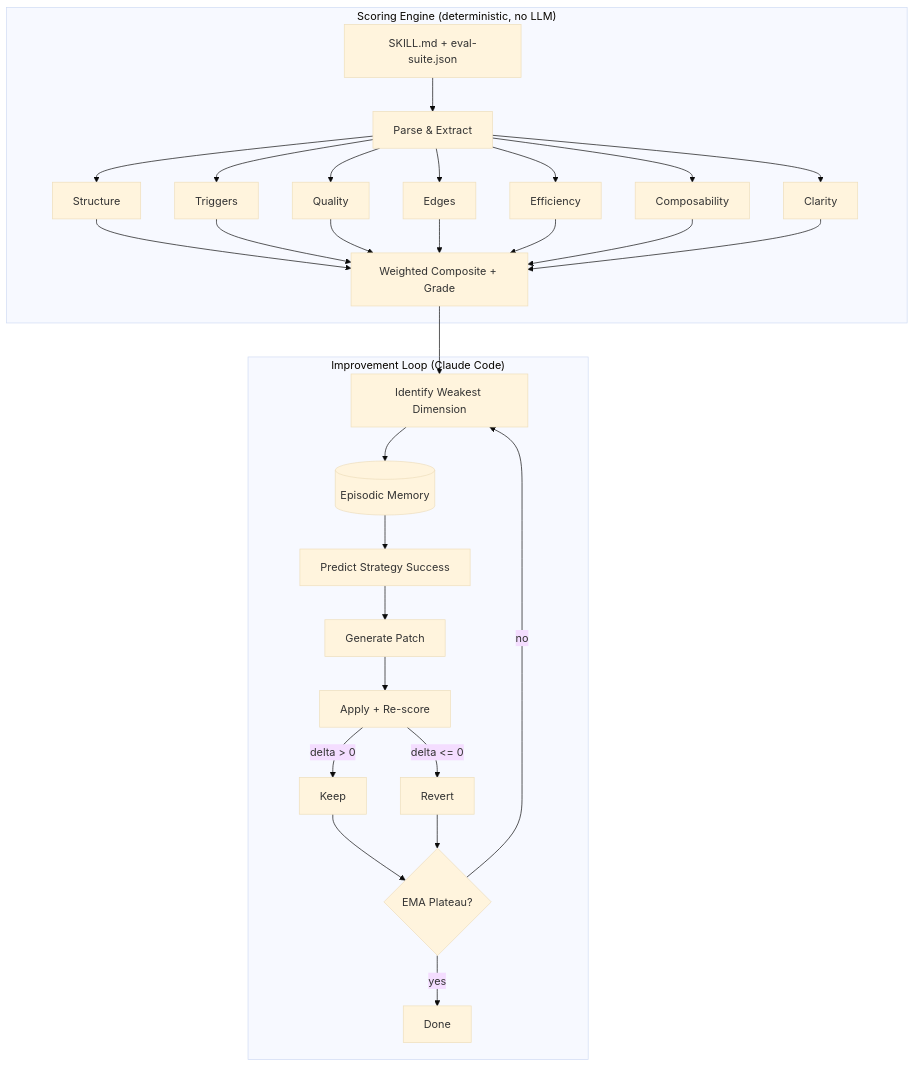
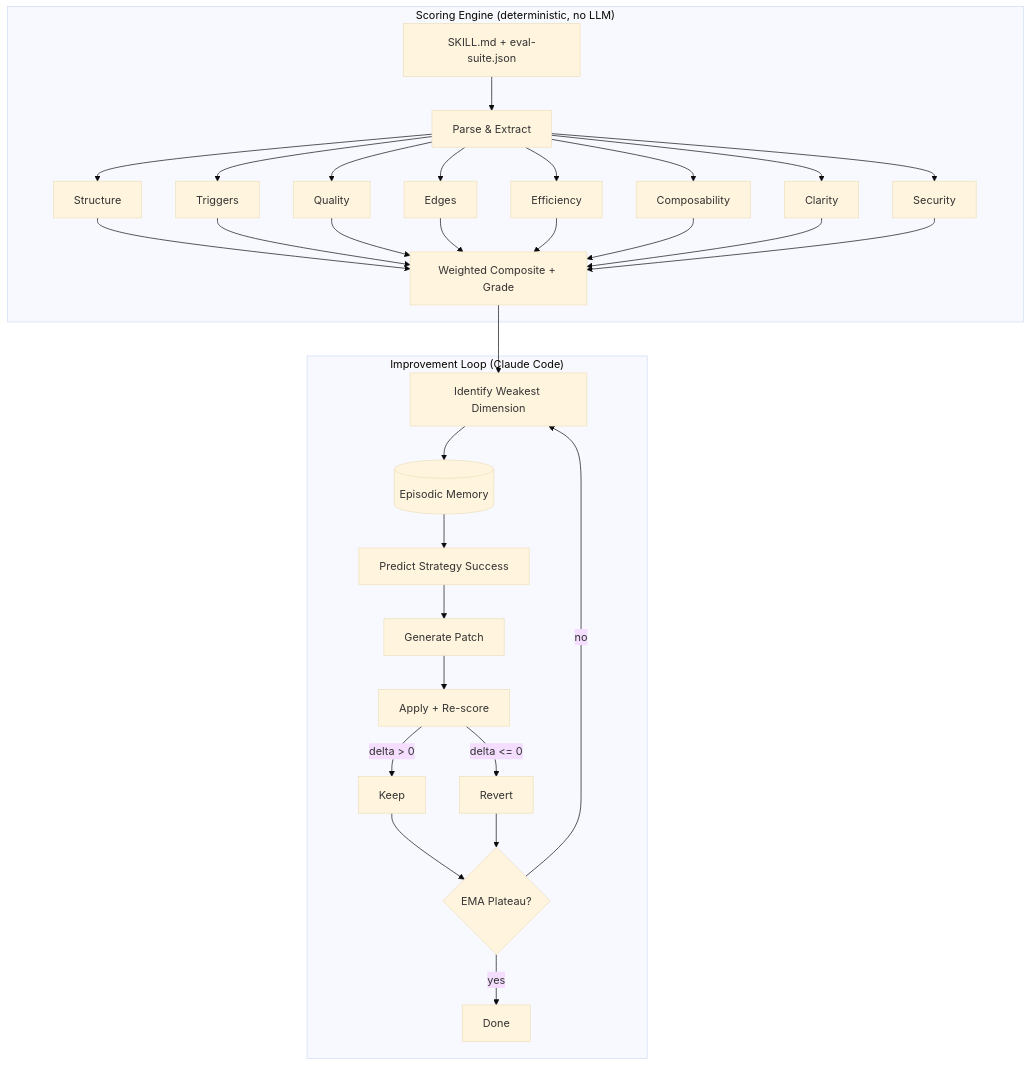
One commit to Zandereins/schliff changed the diagram in README.md. Above: the diagram before and after it, drawn with Mermaid (base theme). The commit also changed other lines of this file, not shown here.

First line of the commit message:
docs: update README with security dimension, evolution engine, 1007 tests

````diff
--- a/README.md
+++ b/README.md
@@ -236,27 +246,28 @@
 ```mermaid
 flowchart TB
     subgraph Scoring ["Scoring Engine (deterministic, no LLM)"]
         SKILL[SKILL.md + eval-suite.json] --> PARSE[Parse & Extract]
         PARSE --> S1[Structure]
         PARSE --> S2[Triggers]
         PARSE --> S3[Quality]
         PARSE --> S4[Edges]
         PARSE --> S5[Efficiency]
         PARSE --> S6[Composability]
         PARSE --> S7[Clarity]
-        S1 & S2 & S3 & S4 & S5 & S6 & S7 --> COMPOSITE[Weighted Composite + Grade]
+        PARSE --> S8[Security]
+        S1 & S2 & S3 & S4 & S5 & S6 & S7 & S8 --> COMPOSITE[Weighted Composite + Grade]
     end
 
     subgraph Loop ["Improvement Loop (Claude Code)"]
         COMPOSITE --> GRADIENT[Identify Weakest Dimension]
         GRADIENT --> MEMORY[(Episodic Memory)]
         MEMORY --> PREDICT[Predict Strategy Success]
         PREDICT --> PATCH[Generate Patch]
         PATCH --> APPLY[Apply + Re-score]
         APPLY -->|delta > 0| KEEP[Keep]
         APPLY -->|delta <= 0| REVERT[Revert]
         KEEP & REVERT --> EMA{EMA Plateau?}
         EMA -->|no| GRADIENT
         EMA -->|yes| DONE[Done]
     end
 ```
````
